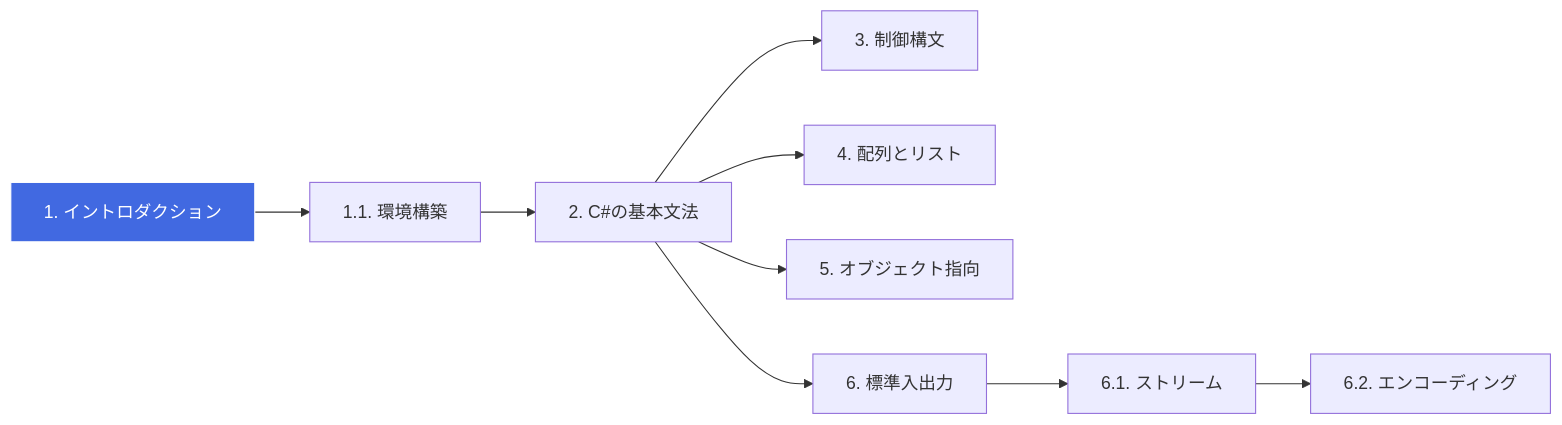
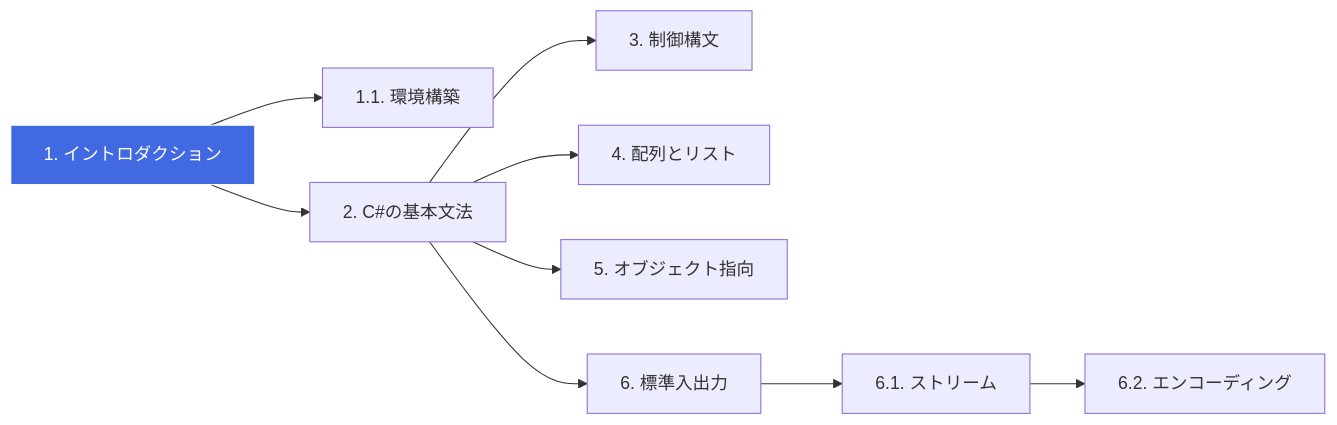
Before and after one commit to nenaaki/csharp_zoro_to_hero: the diagram in README.md, drawn with Mermaid.

Commit message:
微修正

````diff
--- a/README.md
+++ b/README.md
@@ -16,12 +16,12 @@
 ```mermaid
 flowchart LR
   S1[1. イントロダクション] --> S11[1.1. 環境構築]
-  S11 --> S2[2. C#の基本文法]
+  S1 --> S2[2. C#の基本文法]
   S2 --> S3[3. 制御構文]
   S2 --> S4[4. 配列とリスト]
   S2 --> S5[5. オブジェクト指向]
   S2 --> S6[6. 標準入出力]
   S6 --> S61[6.1. ストリーム]
   S61 --> S62[6.2. エンコーディング]
   style S1 fill:#4169e1,stroke:#fff,color:#fff
 ```
````
